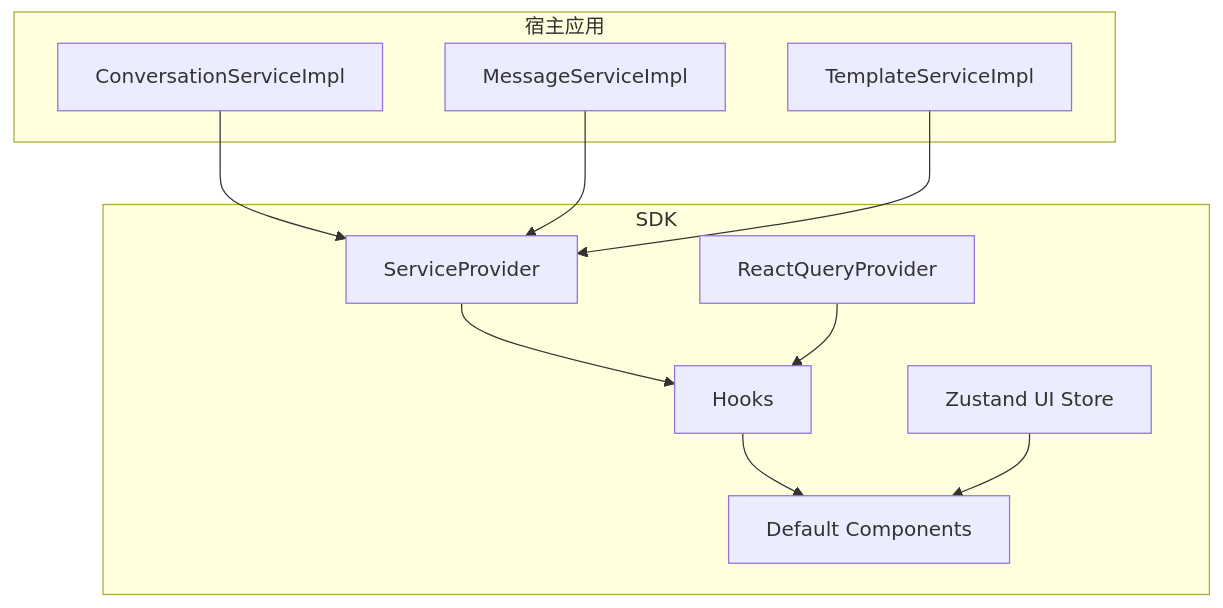
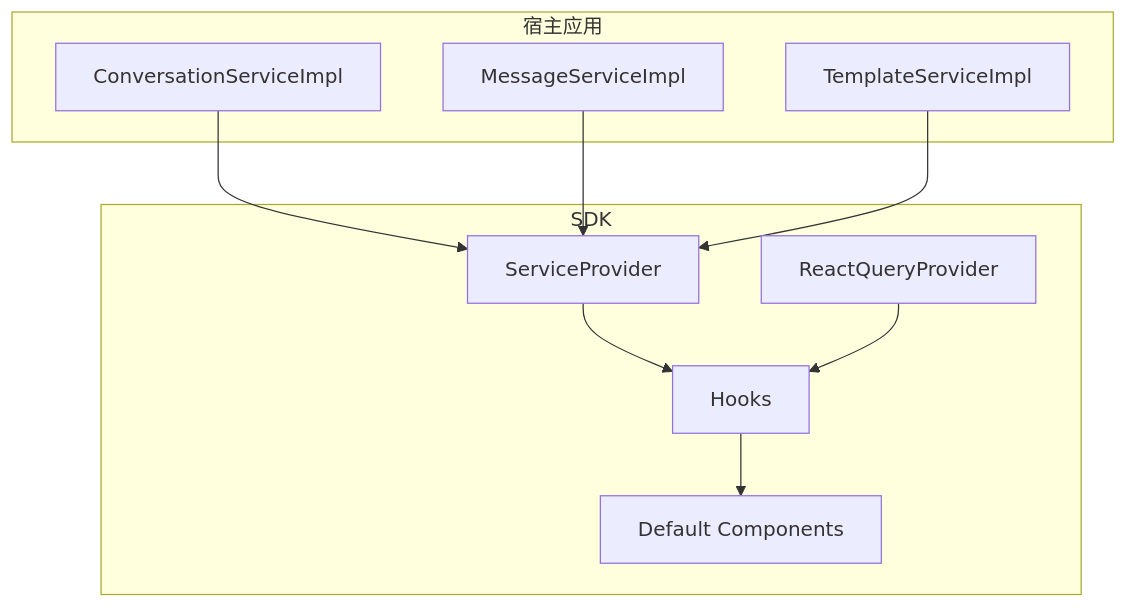
One commit to givingwu/bifrost-chat changed the first of 3 diagrams in docs/architecture-diagrams.md. Above: the diagram before and after it, drawn with Mermaid. The commit also changed other lines of this file and 8 other files, not shown here.

````diff
--- a/docs/architecture-diagrams.md
+++ b/docs/architecture-diagrams.md
@@ -5,24 +5,22 @@
 ```mermaid
 graph TB
   subgraph Host[宿主应用]
     C1[ConversationServiceImpl]
     C2[MessageServiceImpl]
     C3[TemplateServiceImpl]
   end
 
   subgraph SDK[SDK]
     P1[ServiceProvider]
     P2[ReactQueryProvider]
     H[Hooks]
     U[Default Components]
-    Z[Zustand UI Store]
   end
 
   C1 --> P1
   C2 --> P1
   C3 --> P1
   P1 --> H
   P2 --> H
   H --> U
-  Z --> U
 ```
````
